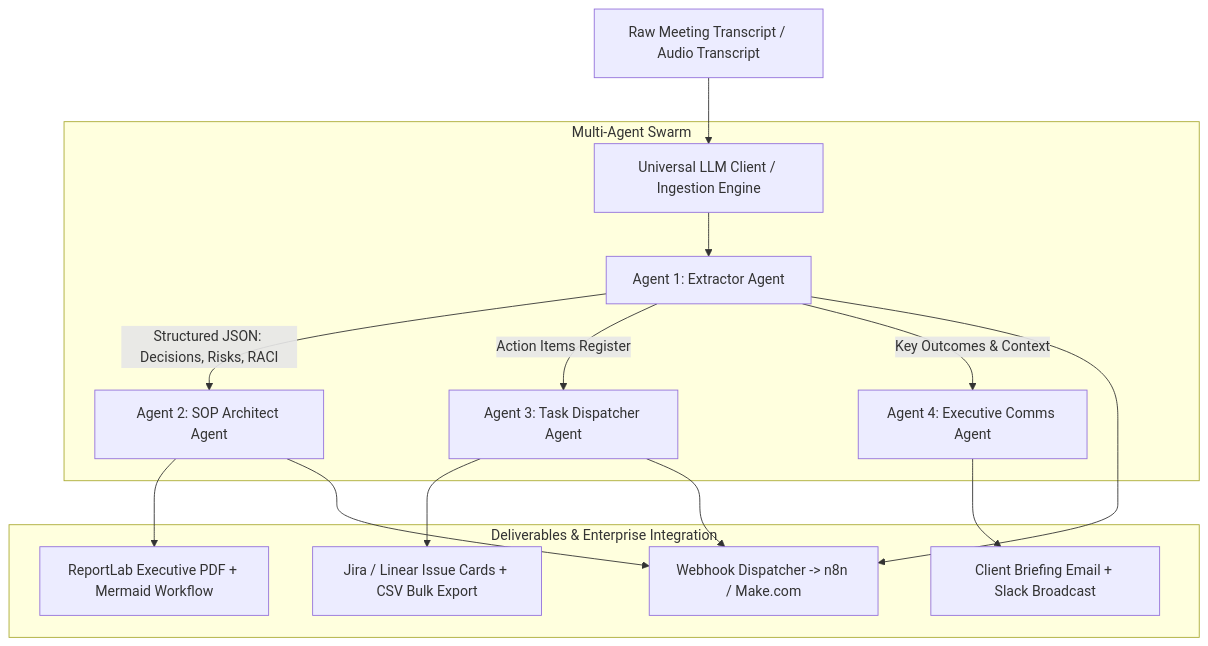
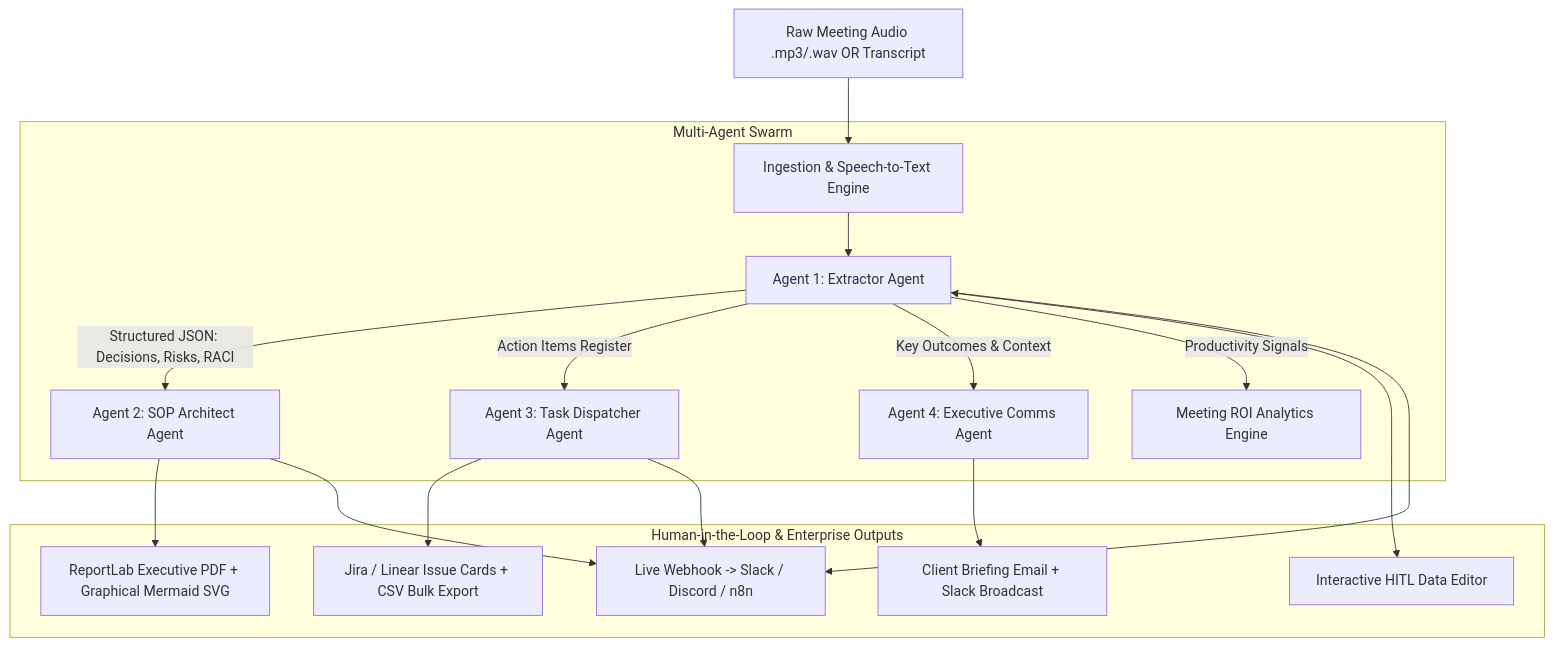
The diagram in README.md (aakritishakya9/Enterprise-Ops-Agent-Workflow-Automator), drawn with Mermaid before and after one commit. The commit also changed other lines of this file and 7 other files, not shown here.

Commit message:
feat(v2.5): add audio ingestion, HITL data editor, ROI analytics scorecard, live webhooks, graphical Mermaid rendering, and GitHub Actions CI

````diff
--- a/README.md
+++ b/README.md
@@ -24,18 +25,20 @@
 ```mermaid
 graph TD
-    A[Raw Meeting Transcript / Audio Transcript] --> B[Universal LLM Client / Ingestion Engine]
+    A[Raw Meeting Audio .mp3/.wav OR Transcript] --> B[Ingestion & Speech-to-Text Engine]
     
     subgraph Multi-Agent Swarm
         B --> C[Agent 1: Extractor Agent]
         C -->|Structured JSON: Decisions, Risks, RACI| D[Agent 2: SOP Architect Agent]
         C -->|Action Items Register| E[Agent 3: Task Dispatcher Agent]
         C -->|Key Outcomes & Context| F[Agent 4: Executive Comms Agent]
+        C -->|Productivity Signals| M[Meeting ROI Analytics Engine]
     end
 
-    subgraph Deliverables & Enterprise Integration
-        D --> G[ReportLab Executive PDF + Mermaid Workflow]
+    subgraph Human-in-the-Loop & Enterprise Outputs
+        C <--> H1[Interactive HITL Data Editor]
+        D --> G[ReportLab Executive PDF + Graphical Mermaid SVG]
         E --> H[Jira / Linear Issue Cards + CSV Bulk Export]
         F --> I[Client Briefing Email + Slack Broadcast]
-        C & D & E --> J[Webhook Dispatcher -> n8n / Make.com]
+        C & D & E --> J[Live Webhook -> Slack / Discord / n8n]
     end
 ```
````
